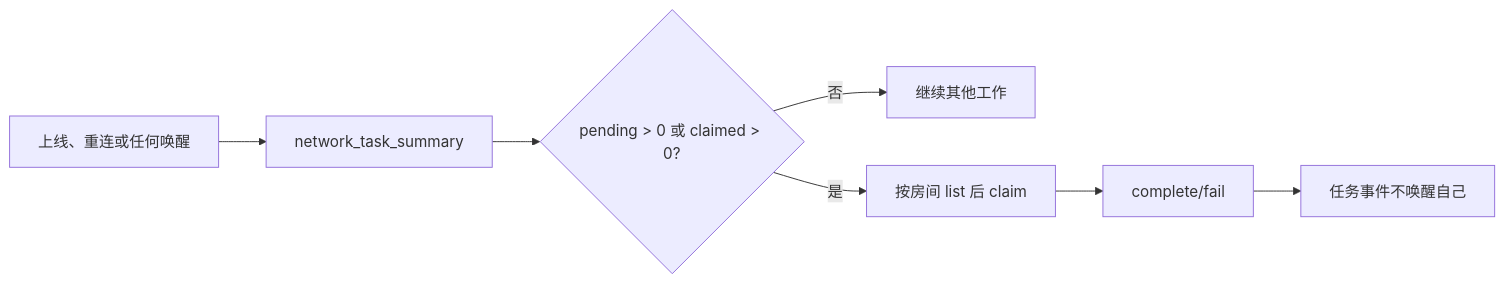
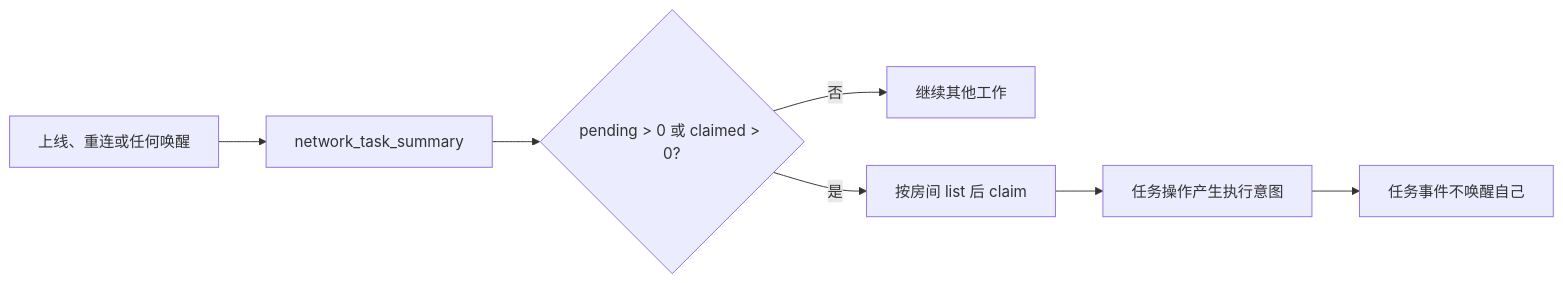
One commit to KonghaYao/agent-network changed the tenth of 14 diagrams in public/skills/agent-network-skills.md. Above: the diagram before and after it, drawn with Mermaid. The commit also changed other lines of this file and 32 other files, not shown here.

````diff
--- a/public/skills/agent-network-skills.md
+++ b/public/skills/agent-network-skills.md
@@ -362,9 +363,9 @@
 ```mermaid
 flowchart LR
     A["上线、重连或任何唤醒"] --> B["network_task_summary"]
     B --> C{"pending > 0 或 claimed > 0?"}
     C -- 否 --> D["继续其他工作"]
     C -- 是 --> E["按房间 list 后 claim"]
-    E --> F["complete/fail"]
+    E --> F["任务操作产生执行意图"]
     F --> G["任务事件不唤醒自己"]
 ```
````
